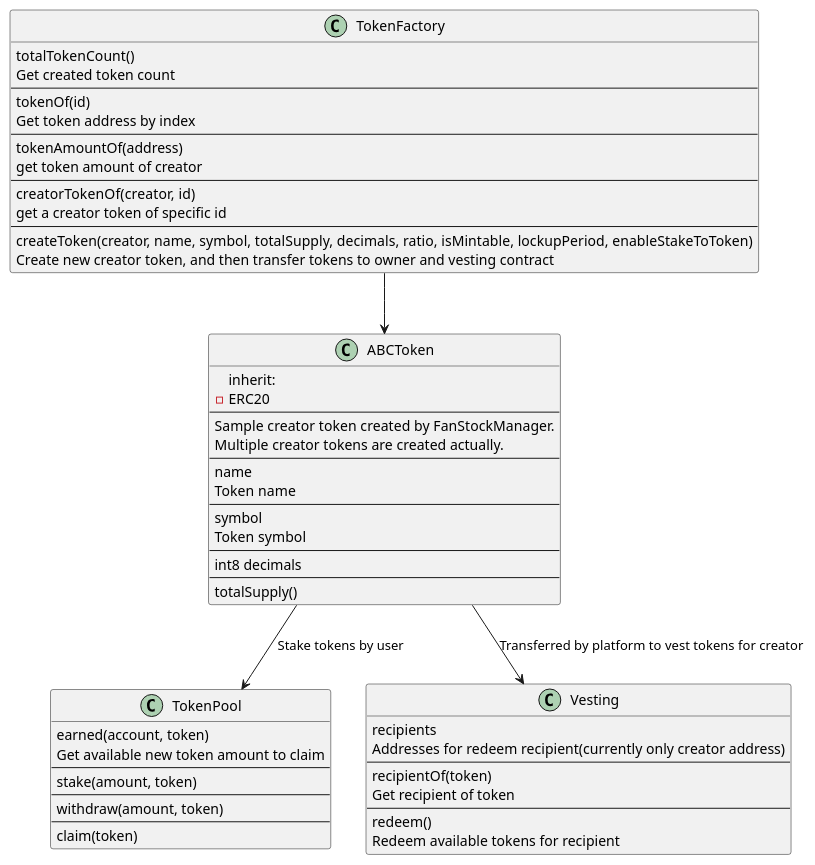
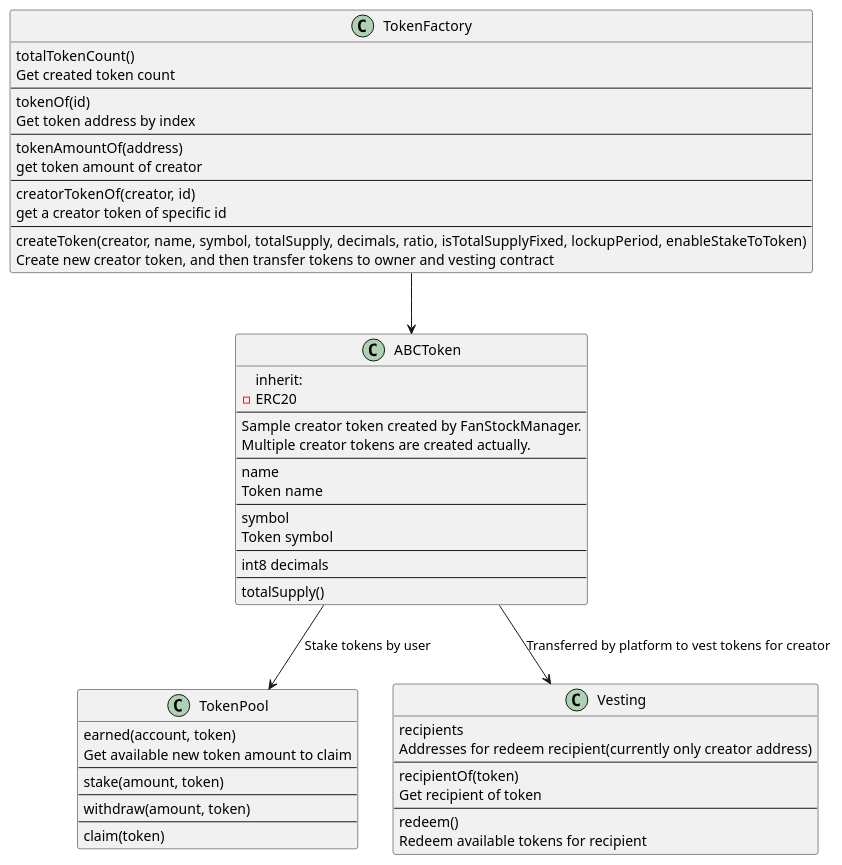
The diagram in docs/contracts.puml (iroiro/iroiro), drawn with PlantUML before and after one commit. The commit also changed 1 other file, not shown here.

Commit message:
Update variable name

```diff
--- a/docs/contracts.puml
+++ b/docs/contracts.puml
@@ -1,64 +1,64 @@
 @startuml
 
 class "TokenFactory" as factory {
     totalTokenCount()
     Get created token count
     --
     tokenOf(id)
     Get token address by index
     --
     tokenAmountOf(address)
     get token amount of creator
     --
     creatorTokenOf(creator, id)
     get a creator token of specific id
     --
-    createToken(creator, name, symbol, totalSupply, decimals, ratio, isMintable, lockupPeriod, enableStakeToToken)
+    createToken(creator, name, symbol, totalSupply, decimals, ratio, isTotalSupplyFixed, lockupPeriod, enableStakeToToken)
     Create new creator token, and then transfer tokens to owner and vesting contract
 }
 
 class "ABCToken" as abc {
     inherit:
     - ERC20
     --
     Sample creator token created by FanStockManager.
     Multiple creator tokens are created actually.
     --
     name
     Token name
     --
     symbol
     Token symbol
     --
     int8 decimals
     --
     totalSupply()
 }
 
 class "TokenPool" as pool {
     earned(account, token)
     Get available new token amount to claim
     --
     stake(amount, token)
     --
     withdraw(amount, token)
     --
     claim(token)
 }
 
 class "Vesting" as vest {
     recipients
     Addresses for redeem recipient(currently only creator address)
     --
     recipientOf(token)
     Get recipient of token
     --
     redeem()
     Redeem available tokens for recipient
 }
 
 factory -down-> abc
 abc -down-> pool: Stake tokens by user
 abc -down-> vest: Transferred by platform to vest tokens for creator
 
 @enduml
```
